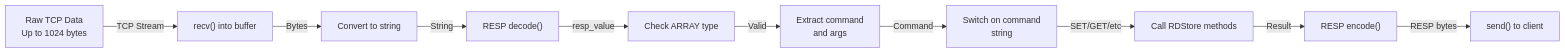
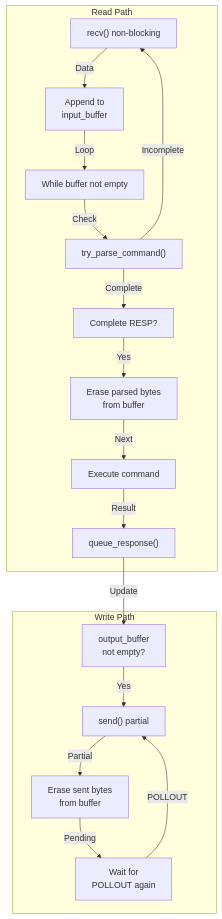
The sixth of 9 diagrams in src/CURRENT_ARCHITECTURE.md (jsparrow08/redis-cpp), drawn with Mermaid before and after one commit. The commit also changed other lines of this file and 8 other files, not shown here.

````diff
--- a/src/CURRENT_ARCHITECTURE.md
+++ b/src/CURRENT_ARCHITECTURE.md
@@ -179,23 +174,35 @@
 ```mermaid
-graph LR
-    INPUT["Raw TCP Data<br/>Up to 1024 bytes"]
-    RECV["recv() into buffer"]
-    STRING["Convert to string"]
-    DECODE["RESP decode()"]
-    VALIDATE["Check ARRAY type"]
-    EXTRACT["Extract command<br/>and args"]
-    ROUTE["Switch on command<br/>string"]
-    EXECUTE["Call RDStore methods"]
-    ENCODE["RESP encode()"]
-    SEND["send() to client"]
-
-    INPUT -->|TCP Stream| RECV
-    RECV -->|Bytes| STRING
-    STRING -->|String| DECODE
-    DECODE -->|resp_value| VALIDATE
-    VALIDATE -->|Valid| EXTRACT
-    EXTRACT -->|Command| ROUTE
-    ROUTE -->|SET/GET/etc| EXECUTE
-    EXECUTE -->|Result| ENCODE
-    ENCODE -->|RESP bytes| SEND
+graph TB
+    subgraph "Read Path"
+        RECV_CALL["recv() non-blocking"]
+        APPEND["Append to<br/>input_buffer"]
+        PARSE_LOOP["While buffer not empty"]
+        TRY_PARSE["try_parse_command()"]
+        HAS_COMPLETE["Complete RESP?"]
+        ERASE_BYTES["Erase parsed bytes<br/>from buffer"]
+        EXECUTE["Execute command"]
+        QUEUE_RESP["queue_response()"]
+    end
+    
+    subgraph "Write Path"
+        HAS_DATA["output_buffer<br/>not empty?"]
+        SEND_CALL["send() partial"]
+        ERASE_SENT["Erase sent bytes<br/>from buffer"]
+        RETRY["Wait for<br/>POLLOUT again"]
+    end
+    
+    RECV_CALL -->|Data| APPEND
+    APPEND -->|Loop| PARSE_LOOP
+    PARSE_LOOP -->|Check| TRY_PARSE
+    TRY_PARSE -->|Incomplete| RECV_CALL
+    TRY_PARSE -->|Complete| HAS_COMPLETE
+    HAS_COMPLETE -->|Yes| ERASE_BYTES
+    ERASE_BYTES -->|Next| EXECUTE
+    EXECUTE -->|Result| QUEUE_RESP
+    QUEUE_RESP -->|Update| HAS_DATA
+    
+    HAS_DATA -->|Yes| SEND_CALL
+    SEND_CALL -->|Partial| ERASE_SENT
+    ERASE_SENT -->|Pending| RETRY
+    RETRY -->|POLLOUT| SEND_CALL
 ```
````
